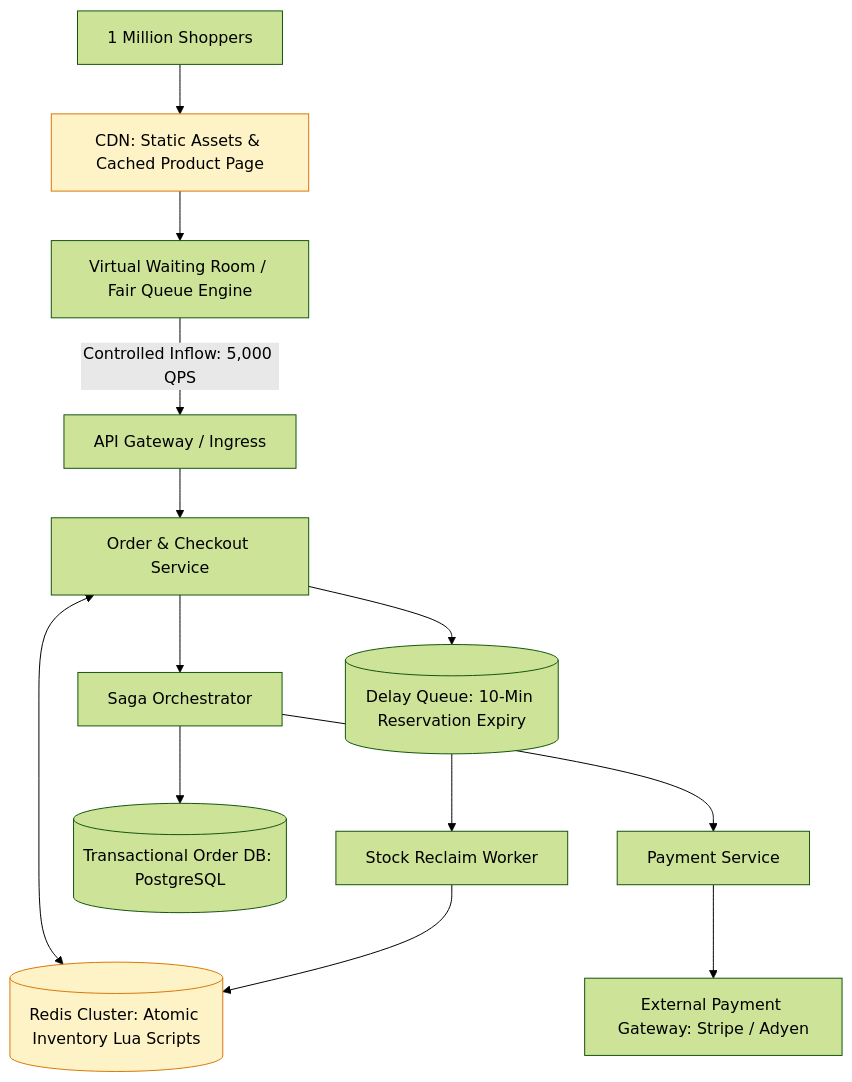
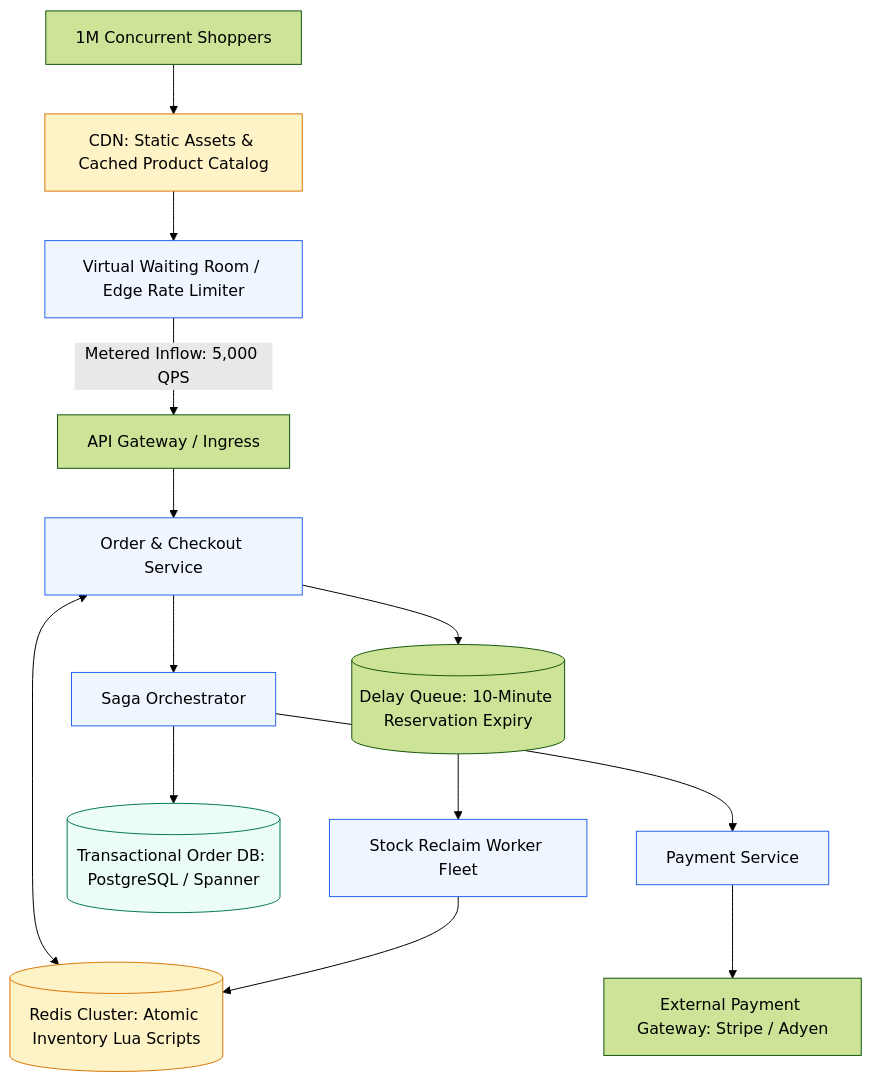
The second of 5 diagrams in 05-real-world-case-studies/05-distributed-ecommerce-checkout.md (kvai9826/system-design-for-program-managers), drawn with Mermaid (forest theme) before and after one commit. The commit also changed other lines of this file and 30 other files, not shown here.

````diff
--- a/05-real-world-case-studies/05-distributed-ecommerce-checkout.md
+++ b/05-real-world-case-studies/05-distributed-ecommerce-checkout.md
@@ -31,25 +68,27 @@
 ```mermaid
 flowchart TD
-    Shoppers[1 Million Shoppers] --> CDN[CDN: Static Assets & Cached Product Page]
-    CDN --> WaitingRoom[Virtual Waiting Room / Fair Queue Engine]
+    Shoppers[1M Concurrent Shoppers] --> CDN[CDN: Static Assets & Cached Product Catalog]
+    CDN --> WaitingRoom[Virtual Waiting Room / Edge Rate Limiter]
     
-    WaitingRoom -->|Controlled Inflow: 5,000 QPS| APIGW[API Gateway / Ingress]
+    WaitingRoom -->|Metered Inflow: 5,000 QPS| APIGW[API Gateway / Ingress]
     
     APIGW --> OrderSvc[Order & Checkout Service]
     OrderSvc <--> InventoryCache[(Redis Cluster: Atomic Inventory Lua Scripts)]
     OrderSvc --> SagaOrch[Saga Orchestrator]
 
     SagaOrch --> PaySvc[Payment Service]
-    PaySvc --> Stripe[External Payment Gateway: Stripe / Adyen]
+    PaySvc --> ExtGateway[External Payment Gateway: Stripe / Adyen]
     
-    SagaOrch --> OrderDB[(Transactional Order DB: PostgreSQL)]
+    SagaOrch --> OrderDB[(Transactional Order DB: PostgreSQL / Spanner)]
     
-    OrderSvc --> ExpireQueue[(Delay Queue: 10-Min Reservation Expiry)]
-    ExpireQueue --> ExpireWorker[Stock Reclaim Worker]
-    ExpireWorker --> InventoryCache
+    OrderSvc --> ExpireQueue[(Delay Queue: 10-Minute Reservation Expiry)]
+    ExpireQueue --> ReclaimWorker[Stock Reclaim Worker Fleet]
+    ReclaimWorker --> InventoryCache
 
-    classDef cdn fill:#fef3c7,stroke:#d97706,stroke-width:1px;
-    class DefDB fill:#ecfdf5,stroke:#047857,stroke-width:1px;
-    class CDN,InventoryCache cdn;
-    class OrderDB DefDB;
+    classDef cdnStyle fill:#fef3c7,stroke:#d97706,stroke-width:1px;
+    classDef dbStyle fill:#ecfdf5,stroke:#047857,stroke-width:1px;
+    classDef appStyle fill:#eff6ff,stroke:#2563eb,stroke-width:1px;
+    class CDN,InventoryCache cdnStyle;
+    class OrderDB dbStyle;
+    class WaitingRoom,OrderSvc,SagaOrch,PaySvc,ReclaimWorker appStyle;
 ```
````
